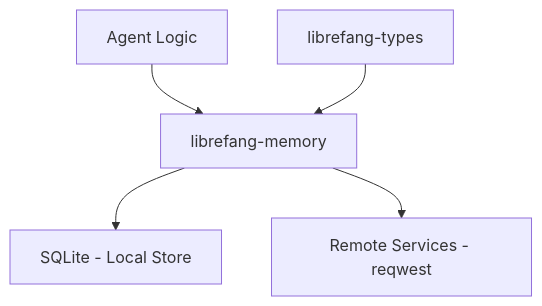
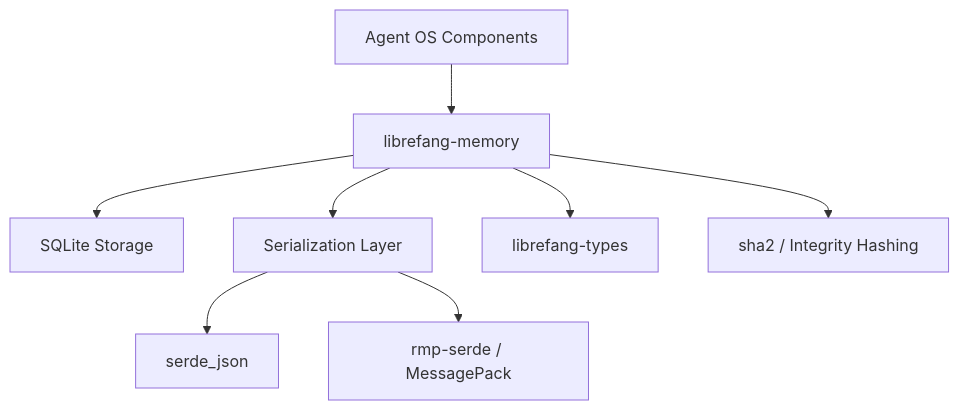
One commit to leszek3737/librefang-WIki changed the diagram in other-librefang-memory.md. Above: the diagram before and after it, drawn with Mermaid. The commit also changed other lines of this file and 120 other files, not shown here.

````diff
--- a/other-librefang-memory.md
+++ b/other-librefang-memory.md
@@ -15,7 +15,10 @@
 ```mermaid
 graph TD
-    A[Agent Logic] --> B[librefang-memory]
-    B --> C[SQLite - Local Store]
-    B --> D[Remote Services - reqwest]
-    E[librefang-types] --> B
+    A[Agent OS Components] --> B[librefang-memory]
+    B --> C[SQLite Storage]
+    B --> D[Serialization Layer]
+    D --> E[serde_json]
+    D --> F[rmp-serde / MessagePack]
+    B --> G[librefang-types]
+    B --> H[sha2 / Integrity Hashing]
 ```
````
